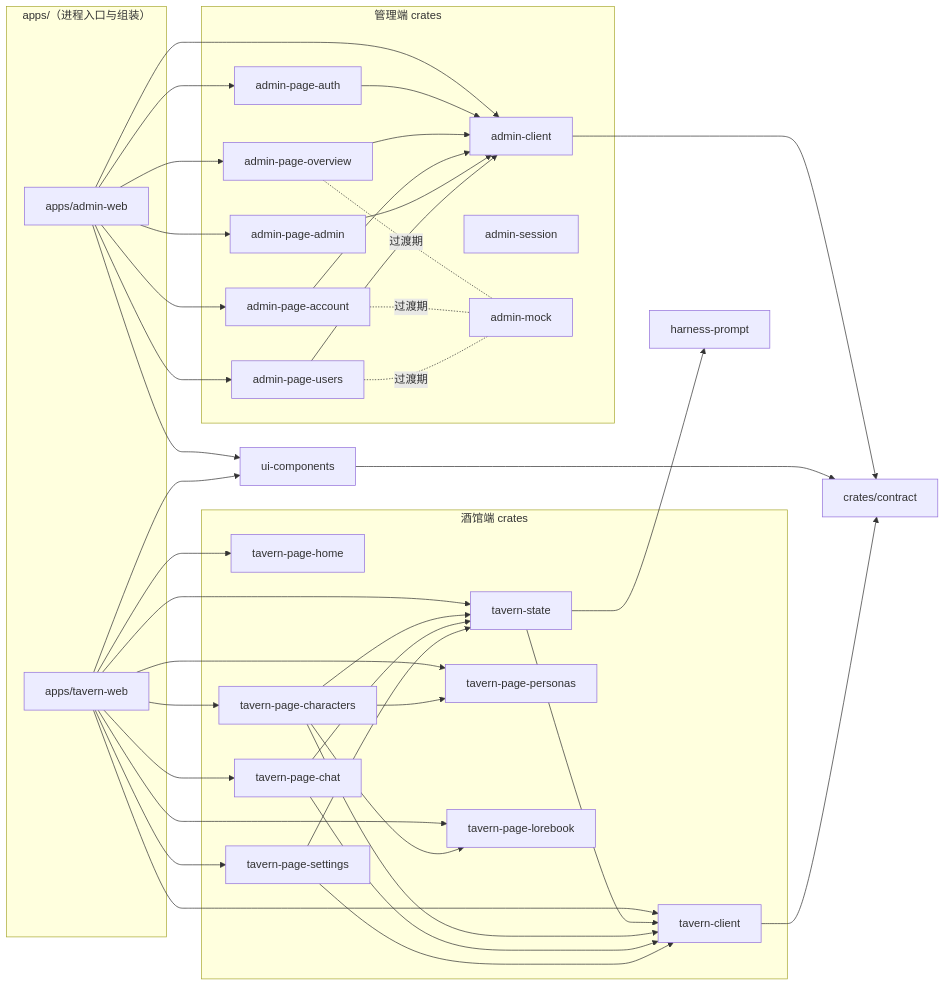
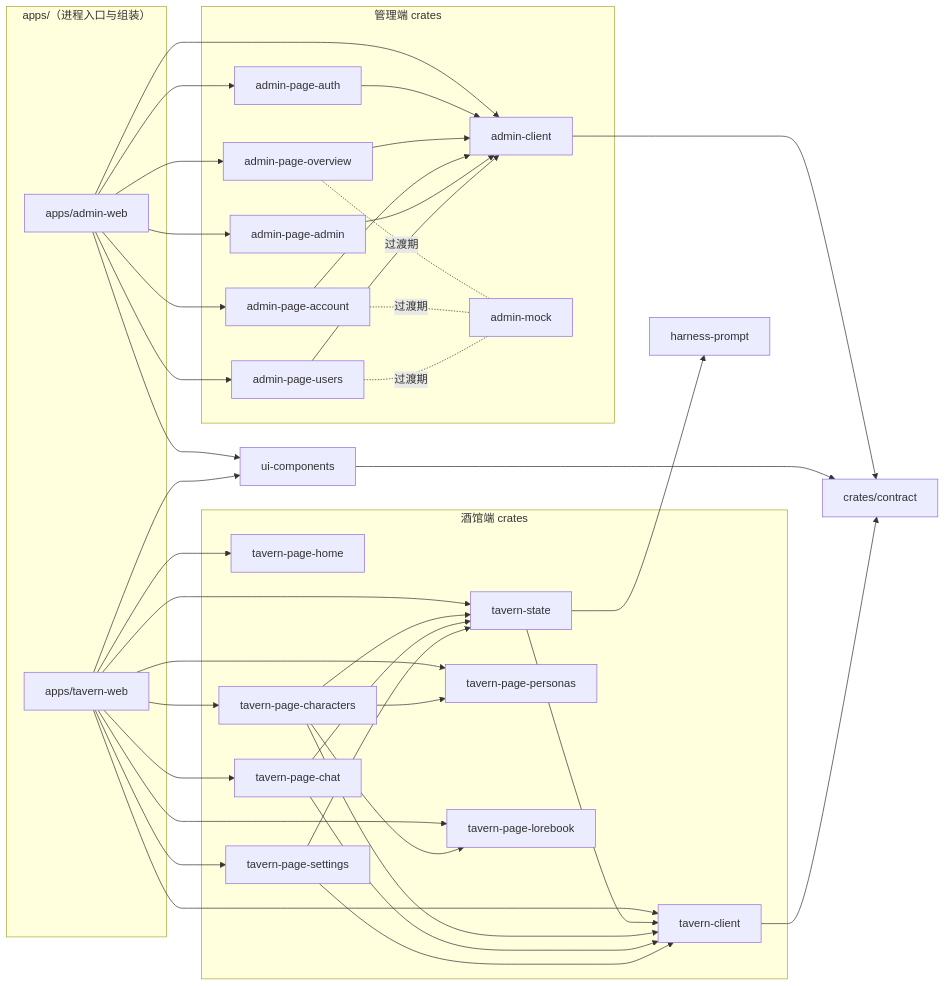
The diagram in crates/web/README.md (NewXapi/ferrite), drawn with Mermaid before and after one commit. The commit also changed other lines of this file and 11 other files, not shown here.

````diff
--- a/crates/web/README.md
+++ b/crates/web/README.md
@@ -10,40 +10,39 @@
 ```mermaid
 graph LR
     subgraph apps["apps/（进程入口与组装）"]
         AW[apps/admin-web]
         TW[apps/tavern-web]
     end
     subgraph admin["管理端 crates"]
         AC[admin-client]
-        AS[admin-session]
         AM[admin-mock]
         PA[admin-page-auth]
         PO[admin-page-overview]
         PAC[admin-page-account]
         PAD[admin-page-admin]
         PU[admin-page-users]
     end
     subgraph tavern["酒馆端 crates"]
         TC[tavern-client]
         TS[tavern-state]
         TH[tavern-page-home]
         PCH[tavern-page-characters]
         PC[tavern-page-chat]
         PP[tavern-page-personas]
         PL[tavern-page-lorebook]
         PS[tavern-page-settings]
     end
     UI[ui-components]
     CT[crates/contract]
     HP[harness-prompt]
 
     AW --> PA & PO & PAC & PAD & PU & AC & UI
     TW --> TH & PCH & PC & PP & PL & PS & TC & TS & UI
     PA & PO & PAC & PAD & PU --> AC --> CT
     PO & PAC & PU -.过渡期.- AM
     UI --> CT
     TS --> TC --> CT
     TS --> HP
     PCH --> TS & TC & PP & PL
     PC & PS --> TC & TS
 ```
````
